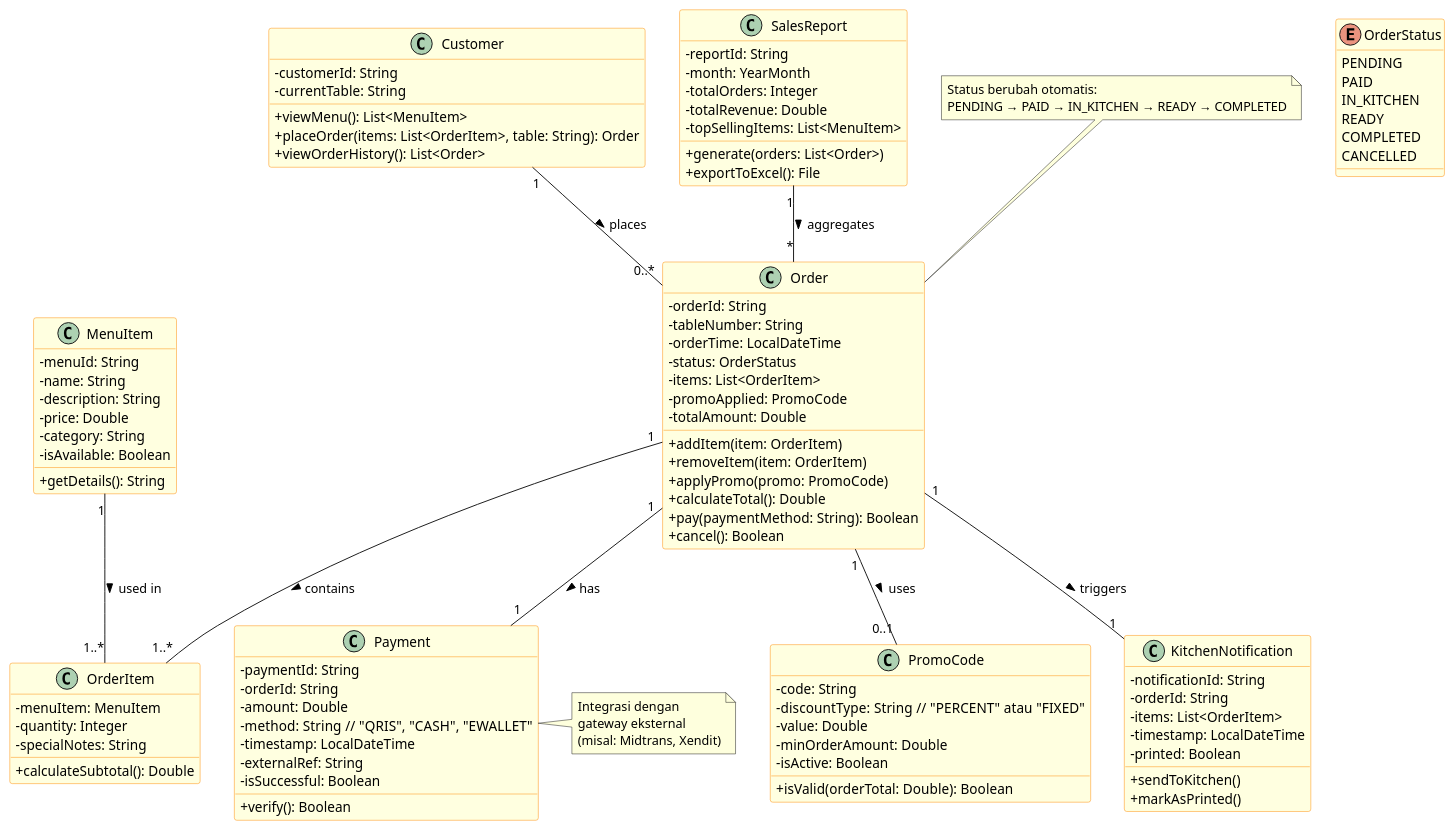
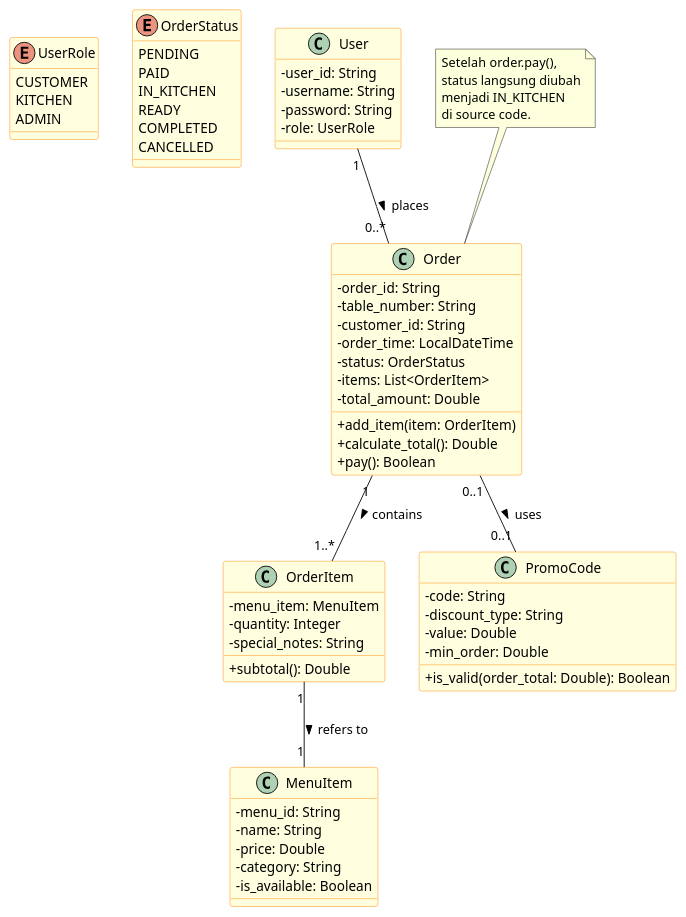
The diagram in classDiagram.puml (NDI05/Kelompok-Ayam-Bali), drawn with PlantUML before and after one commit. The commit also changed 1 other file, not shown here.

```diff
--- a/classDiagram.puml
+++ b/classDiagram.puml
@@ -1,119 +1,78 @@
 @startuml
-' Gaya tampilan
 skinparam classAttributeIconSize 0
 skinparam class {
   BackgroundColor LightYellow
   BorderColor DarkOrange
 }
 
-class Customer {
-  - customerId: String
-  - currentTable: String
-  + viewMenu(): List<MenuItem>
-  + placeOrder(items: List<OrderItem>, table: String): Order
-  + viewOrderHistory(): List<Order>
-}
-
-class MenuItem {
-  - menuId: String
-  - name: String
-  - description: String
-  - price: Double
-  - category: String
-  - isAvailable: Boolean
-  + getDetails(): String
-}
-
-class OrderItem {
-  - menuItem: MenuItem
-  - quantity: Integer
-  - specialNotes: String
-  + calculateSubtotal(): Double
-}
-
-class Order {
-  - orderId: String
-  - tableNumber: String
-  - orderTime: LocalDateTime
-  - status: OrderStatus
-  - items: List<OrderItem>
-  - promoApplied: PromoCode
-  - totalAmount: Double
-  + addItem(item: OrderItem)
-  + removeItem(item: OrderItem)
-  + applyPromo(promo: PromoCode)
-  + calculateTotal(): Double
-  + pay(paymentMethod: String): Boolean
-  + cancel(): Boolean
+enum UserRole {
+  CUSTOMER
+  KITCHEN
+  ADMIN
 }
 
 enum OrderStatus {
   PENDING
   PAID
   IN_KITCHEN
   READY
   COMPLETED
   CANCELLED
 }
 
+class User {
+  - user_id: String
+  - username: String
+  - password: String
+  - role: UserRole
+}
+
+class MenuItem {
+  - menu_id: String
+  - name: String
+  - price: Double
+  - category: String
+  - is_available: Boolean
+}
+
+class OrderItem {
+  - menu_item: MenuItem
+  - quantity: Integer
+  - special_notes: String
+  + subtotal(): Double
+}
+
+class Order {
+  - order_id: String
+  - table_number: String
+  - customer_id: String
+  - order_time: LocalDateTime
+  - status: OrderStatus
+  - items: List<OrderItem>
+  - total_amount: Double
+  + add_item(item: OrderItem)
+  + calculate_total(): Double
+  + pay(): Boolean
+}
+
 class PromoCode {
   - code: String
-  - discountType: String  // "PERCENT" atau "FIXED"
+  - discount_type: String
   - value: Double
-  - minOrderAmount: Double
-  - isActive: Boolean
-  + isValid(orderTotal: Double): Boolean
-}
-
-class Payment {
-  - paymentId: String
-  - orderId: String
-  - amount: Double
-  - method: String  // "QRIS", "CASH", "EWALLET"
-  - timestamp: LocalDateTime
-  - externalRef: String
-  - isSuccessful: Boolean
-  + verify(): Boolean
-}
-
-class KitchenNotification {
-  - notificationId: String
-  - orderId: String
-  - items: List<OrderItem>
-  - timestamp: LocalDateTime
-  - printed: Boolean
-  + sendToKitchen()
-  + markAsPrinted()
-}
-
-class SalesReport {
-  - reportId: String
-  - month: YearMonth
-  - totalOrders: Integer
-  - totalRevenue: Double
-  - topSellingItems: List<MenuItem>
-  + generate(orders: List<Order>)
-  + exportToExcel(): File
+  - min_order: Double
+  + is_valid(order_total: Double): Boolean
 }
 
 ' --- Relasi ---
-Customer "1" -- "0..*" Order : places >
+User "1" -- "0..*" Order : places >
 Order "1" -- "1..*" OrderItem : contains >
-Order "1" -- "0..1" PromoCode : uses >
-Order "1" -- "1" Payment : has >
-MenuItem "1" -- "1..*" OrderItem : used in >
-Order "1" -- "1" KitchenNotification : triggers >
-SalesReport "1" -- "*" Order : aggregates >
+OrderItem "1" -- "1" MenuItem : refers to >
+Order "0..1" -- "0..1" PromoCode : uses >
 
-' Catatan
 note top of Order
-  Status berubah otomatis:
-  PENDING → PAID → IN_KITCHEN → READY → COMPLETED
-end note
-
-note right of Payment
-  Integrasi dengan
-  gateway eksternal
-  (misal: Midtrans, Xendit)
+  Setelah order.pay(),
+  status langsung diubah
+  menjadi IN_KITCHEN
+  di source code.
 end note
 @enduml
```
